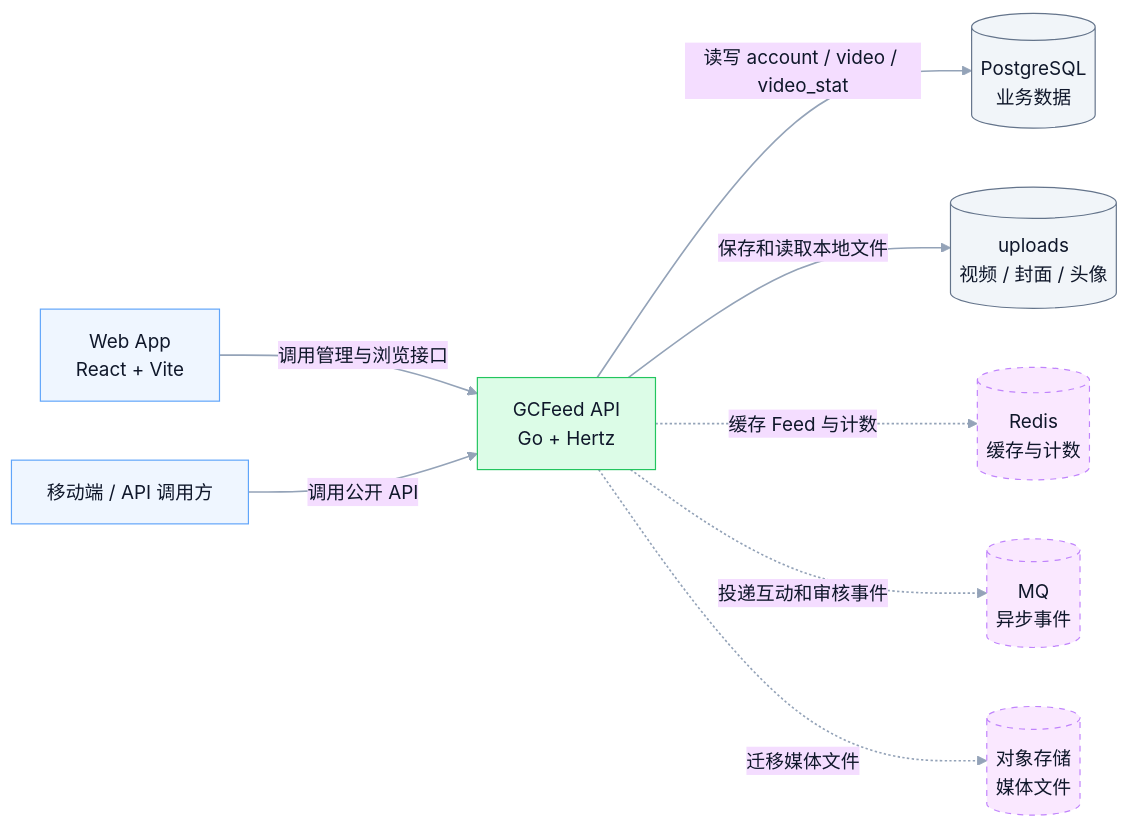
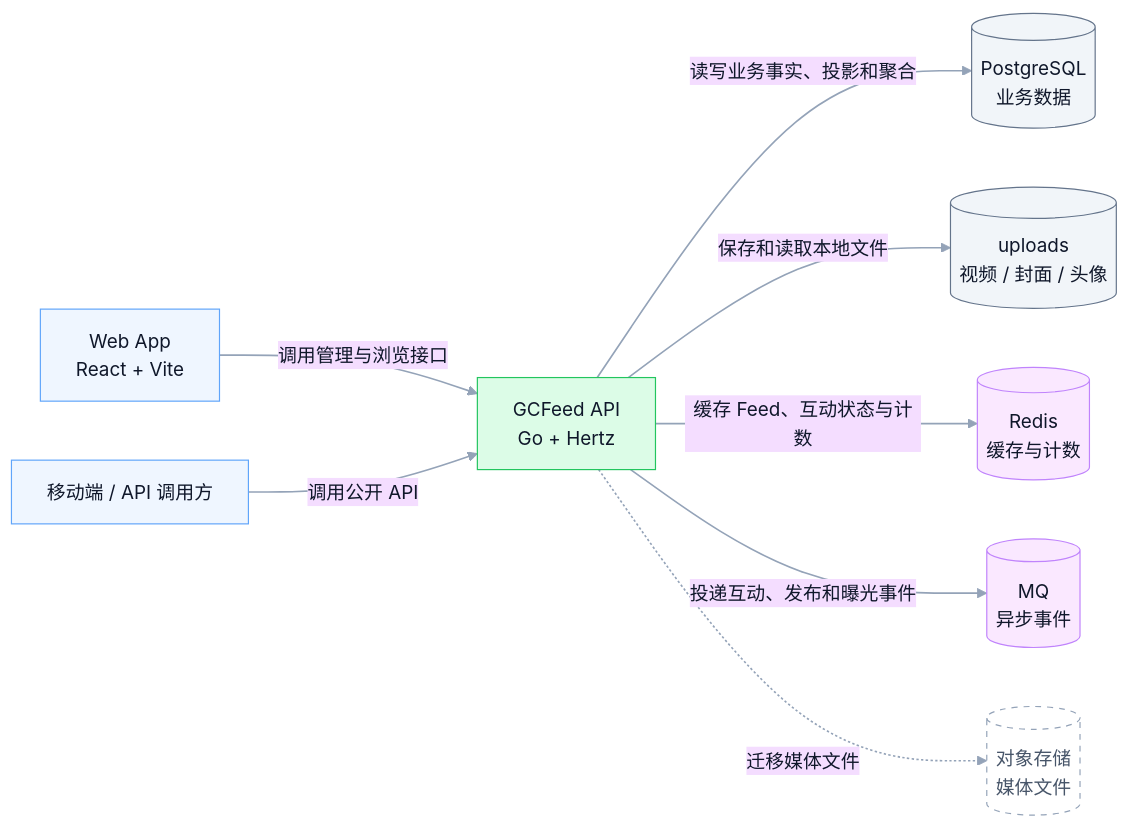
One commit to shiyudesu/frux changed the first of 6 diagrams in docs/architecture.md. Above: the diagram before and after it, drawn with Mermaid. The commit also changed other lines of this file and 118 other files, not shown here.

````diff
--- a/docs/architecture.md
+++ b/docs/architecture.md
@@ -9,43 +9,45 @@
 ```mermaid
 ---
 config:
   theme: base
   layout: dagre
   themeVariables:
     background: transparent
     fontFamily: Inter, PingFang SC, Microsoft YaHei, Arial
     primaryTextColor: "#0F172A"
     lineColor: "#94A3B8"
     clusterBkg: "#F8FAFC"
     clusterBorder: "#CBD5E1"
 ---
 flowchart LR
   %% GCFeed MVP system context
   classDef client fill:#EFF6FF,stroke:#60A5FA,color:#0F172A,stroke-width:1px;
   classDef system fill:#DCFCE7,stroke:#22C55E,color:#0F172A,stroke-width:1px;
   classDef store fill:#F1F5F9,stroke:#64748B,color:#0F172A,stroke-width:1px;
-  classDef future fill:#FAE8FF,stroke:#C084FC,color:#0F172A,stroke-width:1px,stroke-dasharray:5 5;
+  classDef service fill:#FAE8FF,stroke:#C084FC,color:#0F172A,stroke-width:1px;
+  classDef future fill:#FFFFFF,stroke:#94A3B8,color:#475569,stroke-width:1px,stroke-dasharray:5 5;
 
   Web["Web App<br/>React + Vite"]
   Client["移动端 / API 调用方"]
   API["GCFeed API<br/>Go + Hertz"]
   PostgreSQL[("PostgreSQL<br/>业务数据")]
   Uploads[("uploads<br/>视频 / 封面 / 头像")]
   Redis[("Redis<br/>缓存与计数")]
   MQ[("MQ<br/>异步事件")]
   ObjectStorage[("对象存储<br/>媒体文件")]
 
   Web -->|"调用管理与浏览接口"| API
   Client -->|"调用公开 API"| API
-  API -->|"读写 account / video / video_stat"| PostgreSQL
+  API -->|"读写业务事实、投影和聚合"| PostgreSQL
   API -->|"保存和读取本地文件"| Uploads
-  API -.->|"缓存 Feed 与计数"| Redis
-  API -.->|"投递互动和审核事件"| MQ
+  API -->|"缓存 Feed、互动状态与计数"| Redis
+  API -->|"投递互动、发布和曝光事件"| MQ
   API -.->|"迁移媒体文件"| ObjectStorage
 
   class Web,Client client;
   class API system;
   class PostgreSQL,Uploads store;
-  class Redis,MQ,ObjectStorage future;
+  class Redis,MQ service;
+  class ObjectStorage future;
   linkStyle default stroke:#94A3B8,stroke-width:1.4px
 ```
````
